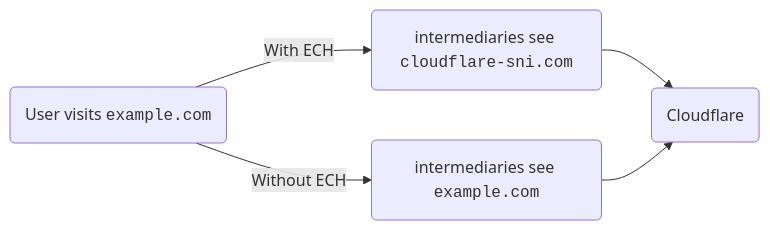
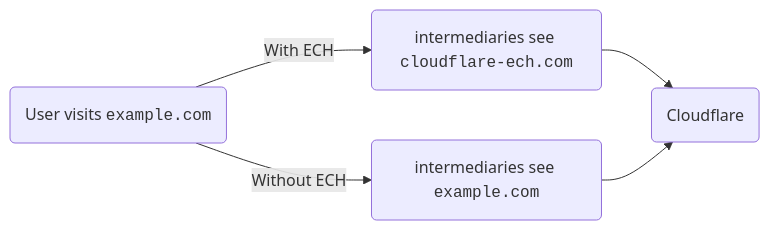
The diagram in content/ssl/edge-certificates/ech.md (rdhanarot/cloudflare-docs), drawn with Mermaid before and after one commit. The commit also changed other lines of this file, not shown here.

````diff
--- a/content/ssl/edge-certificates/ech.md
+++ b/content/ssl/edge-certificates/ech.md
@@ -31,8 +31,8 @@
 ```mermaid
 flowchart LR
 accTitle: What intermediaries see with and without ECH
 accDescr: This diagram describes what intermediaries see with and without ECH.
 A(User visits <code>example.com</code>)
-    A -- With ECH --> C(intermediaries see <code>cloudflare-sni.com</code>)-->B(Cloudflare)
+    A -- With ECH --> C(intermediaries see <code>cloudflare-ech.com</code>)-->B(Cloudflare)
     A -- Without ECH  --> D(intermediaries see <code>example.com</code>)-->B(Cloudflare)
 ```
````
